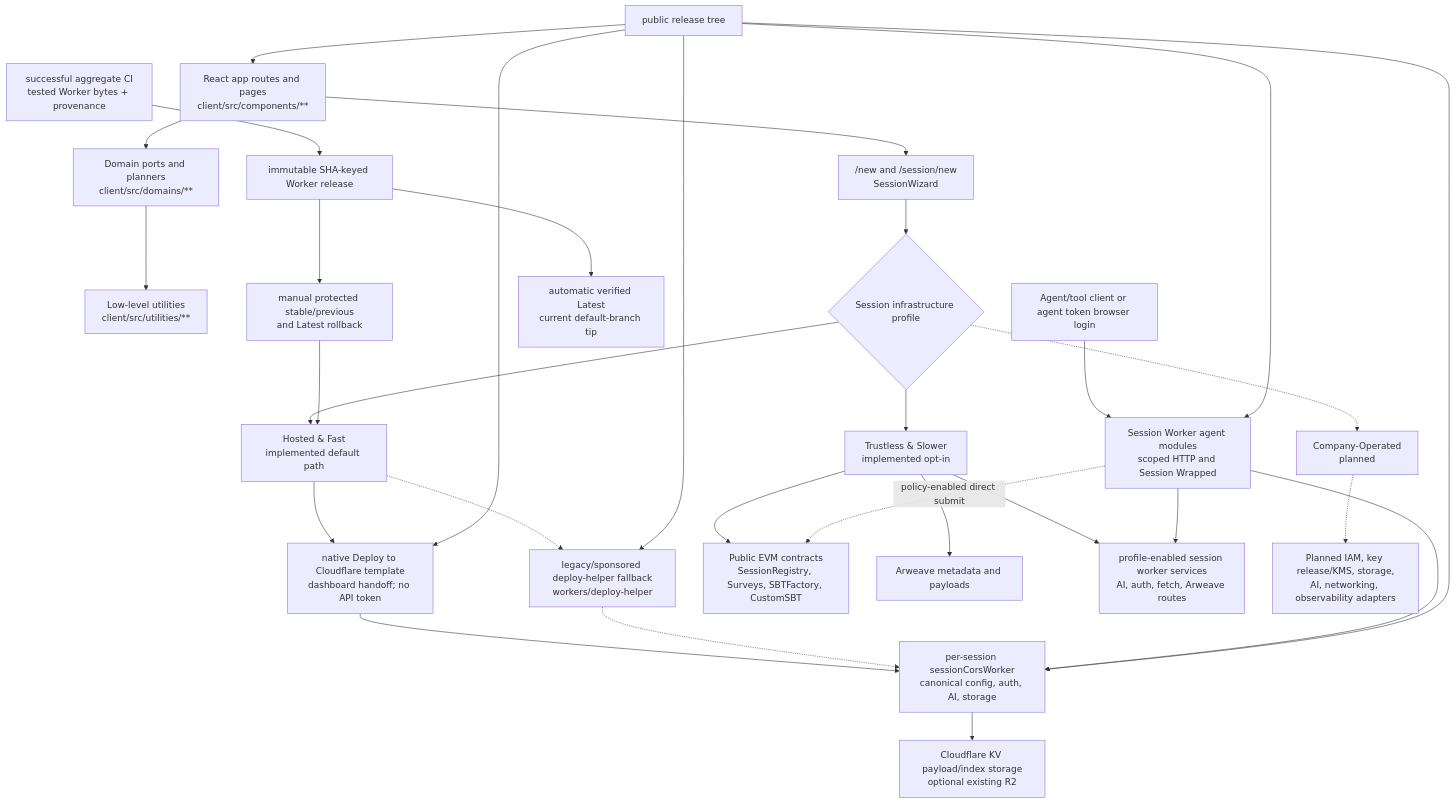
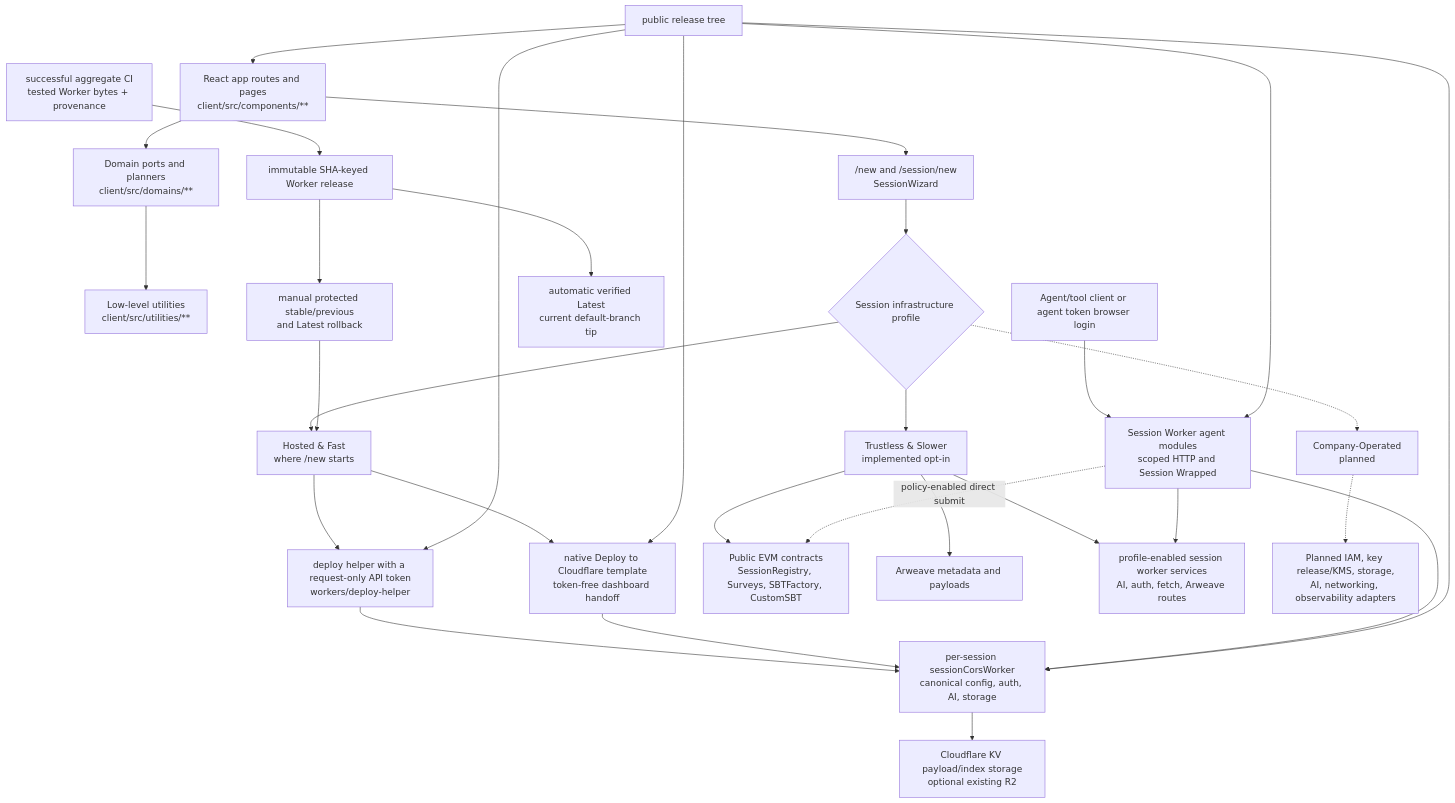
Before and after one commit to AgalmicSoftware/context-engine: the diagram in docs/architecture-overview.md, drawn with Mermaid. The commit also changed other lines of this file and 11 other files, not shown here.

````diff
--- a/docs/architecture-overview.md
+++ b/docs/architecture-overview.md
@@ -39,32 +24,32 @@
 ```mermaid
 flowchart TD
   Browser["React app routes and pages<br/>client/src/components/**"] --> Domains["Domain ports and planners<br/>client/src/domains/**"]
   Domains --> Utilities["Low-level utilities<br/>client/src/utilities/**"]
   Browser --> Wizard["/new and /session/new<br/>SessionWizard"]
   Wizard --> ProfileChoice{"Session infrastructure profile"}
-  ProfileChoice --> Hosted["Hosted & Fast<br/>implemented default path"]
+  ProfileChoice --> Hosted["Hosted & Fast<br/>where /new starts"]
   ProfileChoice --> Trustless["Trustless & Slower<br/>implemented opt-in"]
   ProfileChoice -.-> Company["Company-Operated<br/>planned"]
-  Hosted --> NativeTemplate["native Deploy to Cloudflare template<br/>dashboard handoff; no API token"]
-  NativeTemplate --> HostedWorker["per-session sessionCorsWorker<br/>canonical config, auth, AI, storage"]
-  Hosted -.-> DeployHelper["legacy/sponsored deploy-helper fallback<br/>workers/deploy-helper"]
-  DeployHelper -.-> HostedWorker
+  Hosted --> DeployHelper["deploy helper with a request-only API token<br/>workers/deploy-helper"]
+  DeployHelper --> HostedWorker["per-session sessionCorsWorker<br/>canonical config, auth, AI, storage"]
+  Hosted --> NativeTemplate["native Deploy to Cloudflare template<br/>token-free dashboard handoff"]
+  NativeTemplate --> HostedWorker
   HostedWorker --> CloudflareStorage["Cloudflare KV payload/index storage<br/>optional existing R2"]
   AgentClient["Agent/tool client or agent token browser login"] --> SessionAgent["Session Worker agent modules<br/>scoped HTTP and Session Wrapped"]
   SessionAgent --> HostedWorker
   Trustless --> Contracts["Public EVM contracts<br/>SessionRegistry, Surveys, SBTFactory, CustomSBT"]
   Trustless --> Arweave["Arweave metadata and payloads"]
   Trustless --> WorkerServices["profile-enabled session worker services<br/>AI, auth, fetch, Arweave routes"]
   SessionAgent --> WorkerServices
   SessionAgent -.->|policy-enabled direct submit| Contracts
   Company -.-> OrgAdapters["Planned IAM, key release/KMS, storage,<br/>AI, networking, observability adapters"]
   PublicRelease["public release tree"] --> Browser
   PublicRelease --> HostedWorker
   PublicRelease --> NativeTemplate
   PublicRelease --> DeployHelper
   PublicRelease --> SessionAgent
   AggregateCI["successful aggregate CI<br/>tested Worker bytes + provenance"] --> ImmutableWorkerRelease["immutable SHA-keyed Worker release"]
   ImmutableWorkerRelease --> AutomaticLatest["automatic verified Latest<br/>current default-branch tip"]
   ImmutableWorkerRelease --> ProtectedPromotion["manual protected stable/previous<br/>and Latest rollback"]
   ProtectedPromotion --> Hosted
 ```
````
